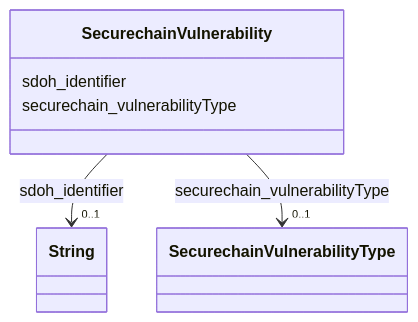
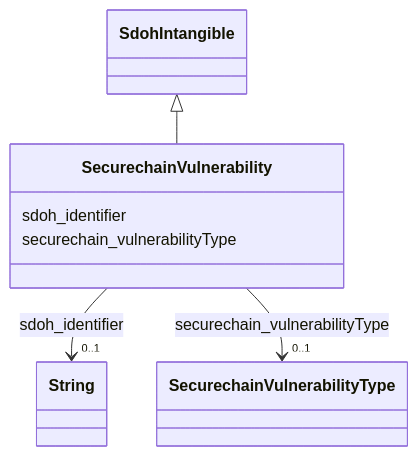
Before and after one commit to frink-okn/graph-descriptions: the diagram in secure-chain-kg/classes/SecurechainVulnerability.md, drawn with Mermaid. The commit also changed other lines of this file and 6807 other files, not shown here.

````diff
--- a/secure-chain-kg/classes/SecurechainVulnerability.md
+++ b/secure-chain-kg/classes/SecurechainVulnerability.md
@@ -19,24 +19,27 @@
 ```mermaid
  classDiagram
     class SecurechainVulnerability
     click SecurechainVulnerability href "../SecurechainVulnerability"
+      SdohIntangible <|-- SecurechainVulnerability
+        click SdohIntangible href "../SdohIntangible"
+      
       SecurechainVulnerability : sdoh_identifier
         
           
     
     
     SecurechainVulnerability --> "0..1" String : sdoh_identifier
     click String href "../String"
 
         
       SecurechainVulnerability : securechain_vulnerabilityType
         
           
     
     
     SecurechainVulnerability --> "0..1" SecurechainVulnerabilityType : securechain_vulnerabilityType
     click SecurechainVulnerabilityType href "../SecurechainVulnerabilityType"
 
         
       
 ```
````
